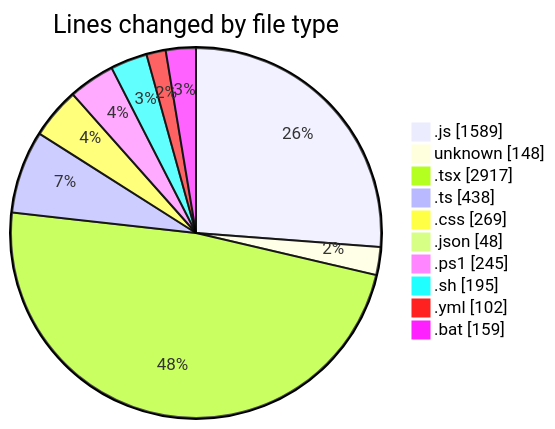
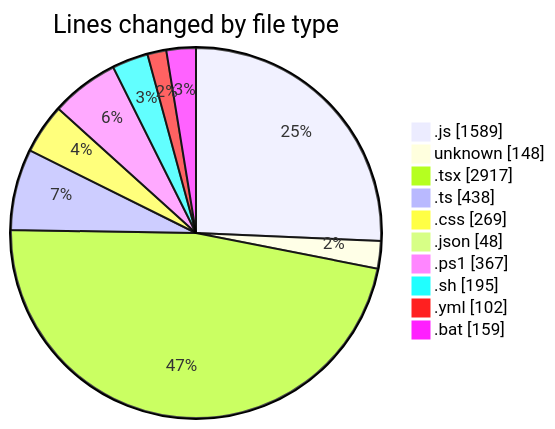
The first of 2 diagrams in 2025-08-06/napxuvn/README.md (lephambinh05/code-tracking), drawn with Mermaid before and after one commit. The commit also changed other lines of this file and 1 other file, not shown here.

````diff
--- a/2025-08-06/napxuvn/README.md
+++ b/2025-08-06/napxuvn/README.md
@@ -82,14 +82,14 @@
 ```mermaid
 pie showData
 title Lines changed by file type
 ".js" : 1589
 "unknown" : 148
 ".tsx" : 2917
 ".ts" : 438
 ".css" : 269
 ".json" : 48
-".ps1" : 245
+".ps1" : 367
 ".sh" : 195
 ".yml" : 102
 ".bat" : 159
 ```
````
